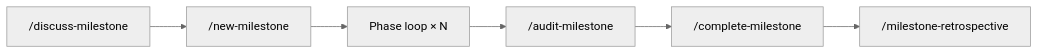
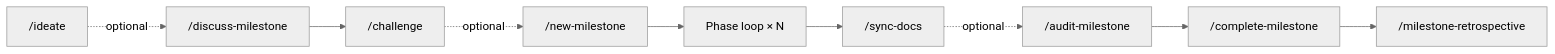
Before and after one commit to FavioVazquez/learnship: the second of 2 diagrams in docs/core-concepts/phase-loop.md, drawn with Mermaid (neutral theme). The commit also changed other lines of this file and 113 other files, not shown here.

````diff
--- a/docs/core-concepts/phase-loop.md
+++ b/docs/core-concepts/phase-loop.md
@@ -123,5 +166,8 @@
 ```mermaid
 flowchart LR
-    DM["/discuss-milestone"] --> NM["/new-milestone"] --> LOOP["Phase loop × N"]
-    LOOP --> AM["/audit-milestone"] --> CM["/complete-milestone"] --> MR["/milestone-retrospective"]
+    ID["/ideate"] -.->|"optional"| DM["/discuss-milestone"]
+    DM --> CH["/challenge"] -.->|"optional"| NM["/new-milestone"]
+    NM --> LOOP["Phase loop × N"]
+    LOOP --> SD["/sync-docs"] -.->|"optional"| AM["/audit-milestone"]
+    AM --> CM["/complete-milestone"] --> MR["/milestone-retrospective"]
 ```
````
